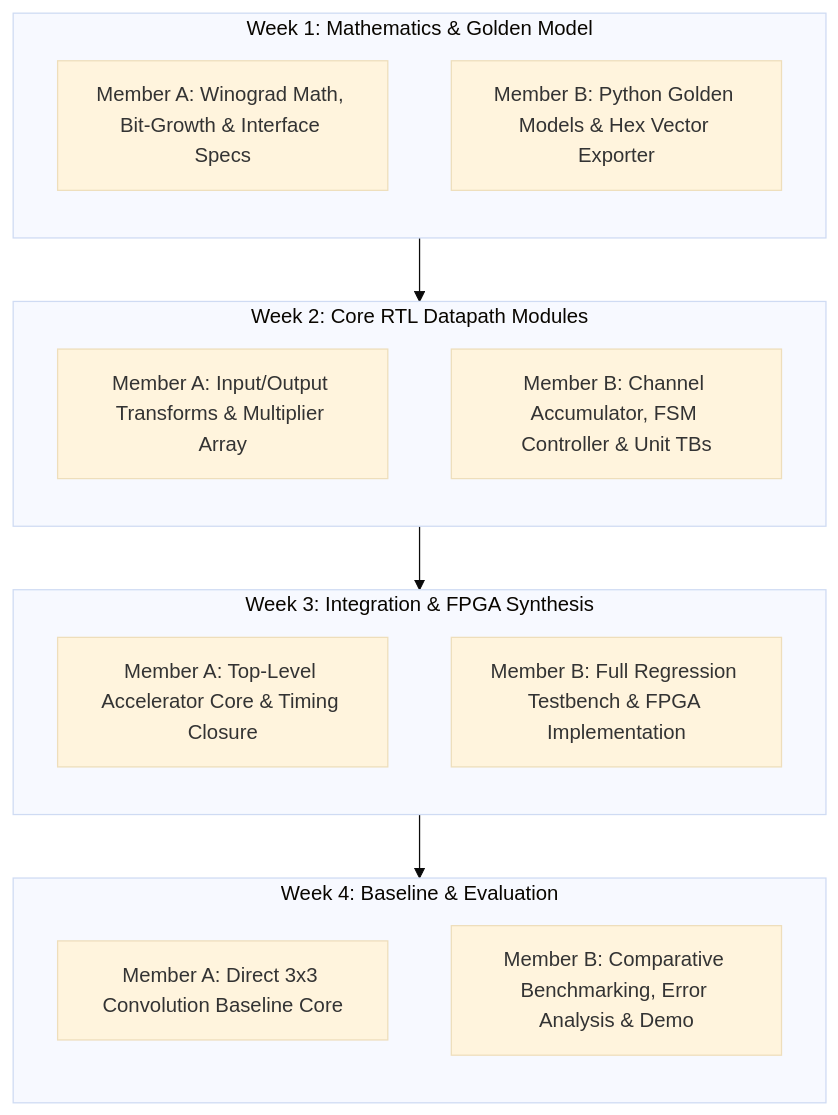
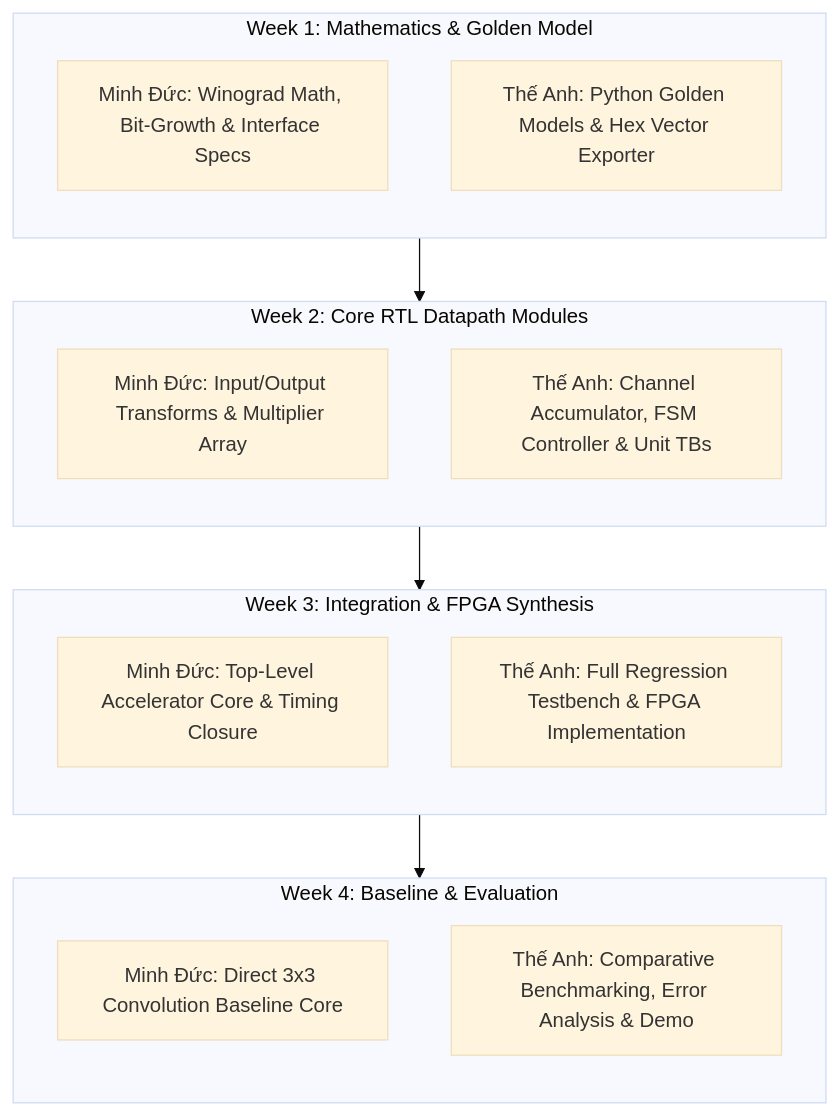
One commit to ducnguyen-git/EE5223---winograd-conv-fpga changed the second of 2 diagrams in README.md. Above: the diagram before and after it, drawn with Mermaid (base theme). The commit also changed other lines of this file, not shown here.

Commit message:
docs: update team member names to Minh Đức and Thế Anh

````diff
--- a/README.md
+++ b/README.md
@@ -162,30 +162,30 @@
 ```mermaid
 flowchart TD
     subgraph W1["Week 1: Mathematics & Golden Model"]
         direction TB
-        W1_A["Member A: Winograd Math, Bit-Growth & Interface Specs"]
-        W1_B["Member B: Python Golden Models & Hex Vector Exporter"]
+        W1_A["Minh Đức: Winograd Math, Bit-Growth & Interface Specs"]
+        W1_B["Thế Anh: Python Golden Models & Hex Vector Exporter"]
     end
 
     subgraph W2["Week 2: Core RTL Datapath Modules"]
         direction TB
-        W2_A["Member A: Input/Output Transforms & Multiplier Array"]
-        W2_B["Member B: Channel Accumulator, FSM Controller & Unit TBs"]
+        W2_A["Minh Đức: Input/Output Transforms & Multiplier Array"]
+        W2_B["Thế Anh: Channel Accumulator, FSM Controller & Unit TBs"]
     end
 
     subgraph W3["Week 3: Integration & FPGA Synthesis"]
         direction TB
-        W3_A["Member A: Top-Level Accelerator Core & Timing Closure"]
-        W3_B["Member B: Full Regression Testbench & FPGA Implementation"]
+        W3_A["Minh Đức: Top-Level Accelerator Core & Timing Closure"]
+        W3_B["Thế Anh: Full Regression Testbench & FPGA Implementation"]
     end
 
     subgraph W4["Week 4: Baseline & Evaluation"]
         direction TB
-        W4_A["Member A: Direct 3x3 Convolution Baseline Core"]
-        W4_B["Member B: Comparative Benchmarking, Error Analysis & Demo"]
+        W4_A["Minh Đức: Direct 3x3 Convolution Baseline Core"]
+        W4_B["Thế Anh: Comparative Benchmarking, Error Analysis & Demo"]
     end
 
     W1 --> W2
     W2 --> W3
     W3 --> W4
 ```
````
